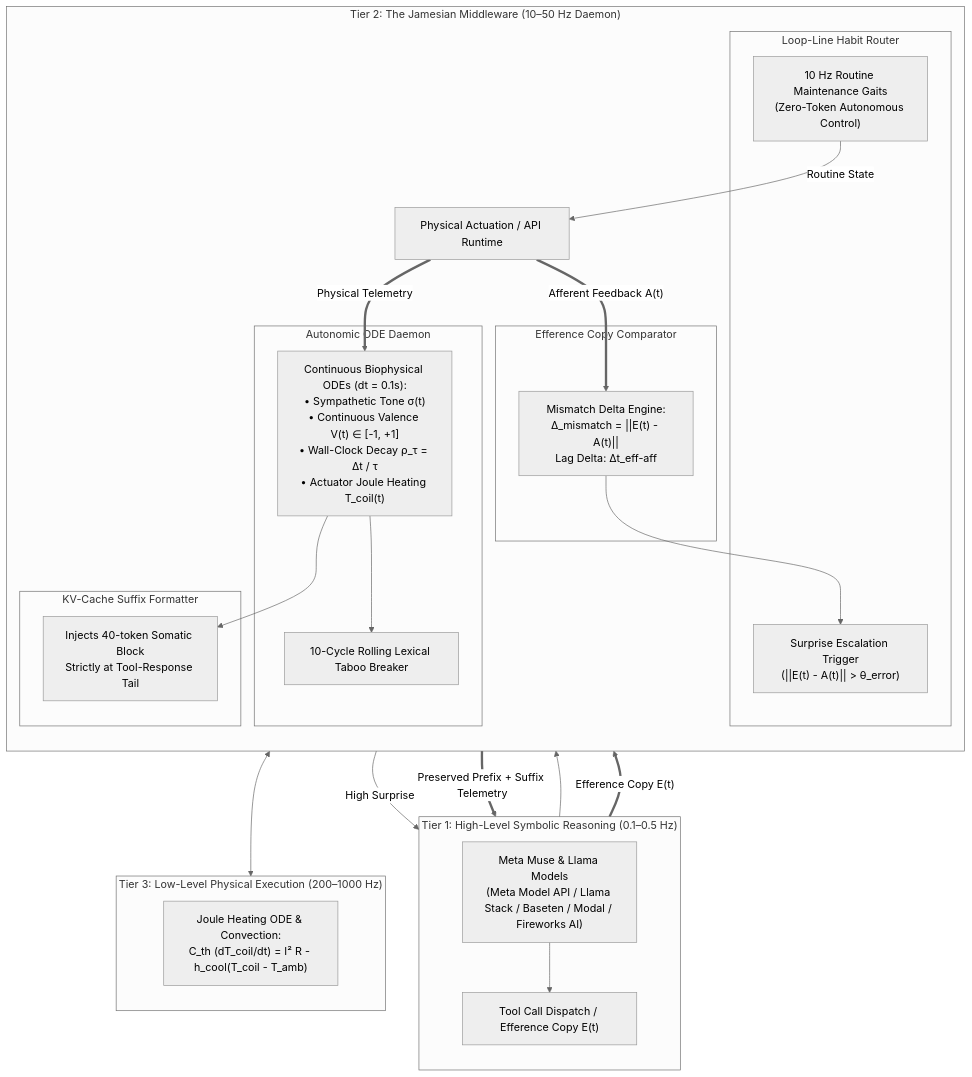
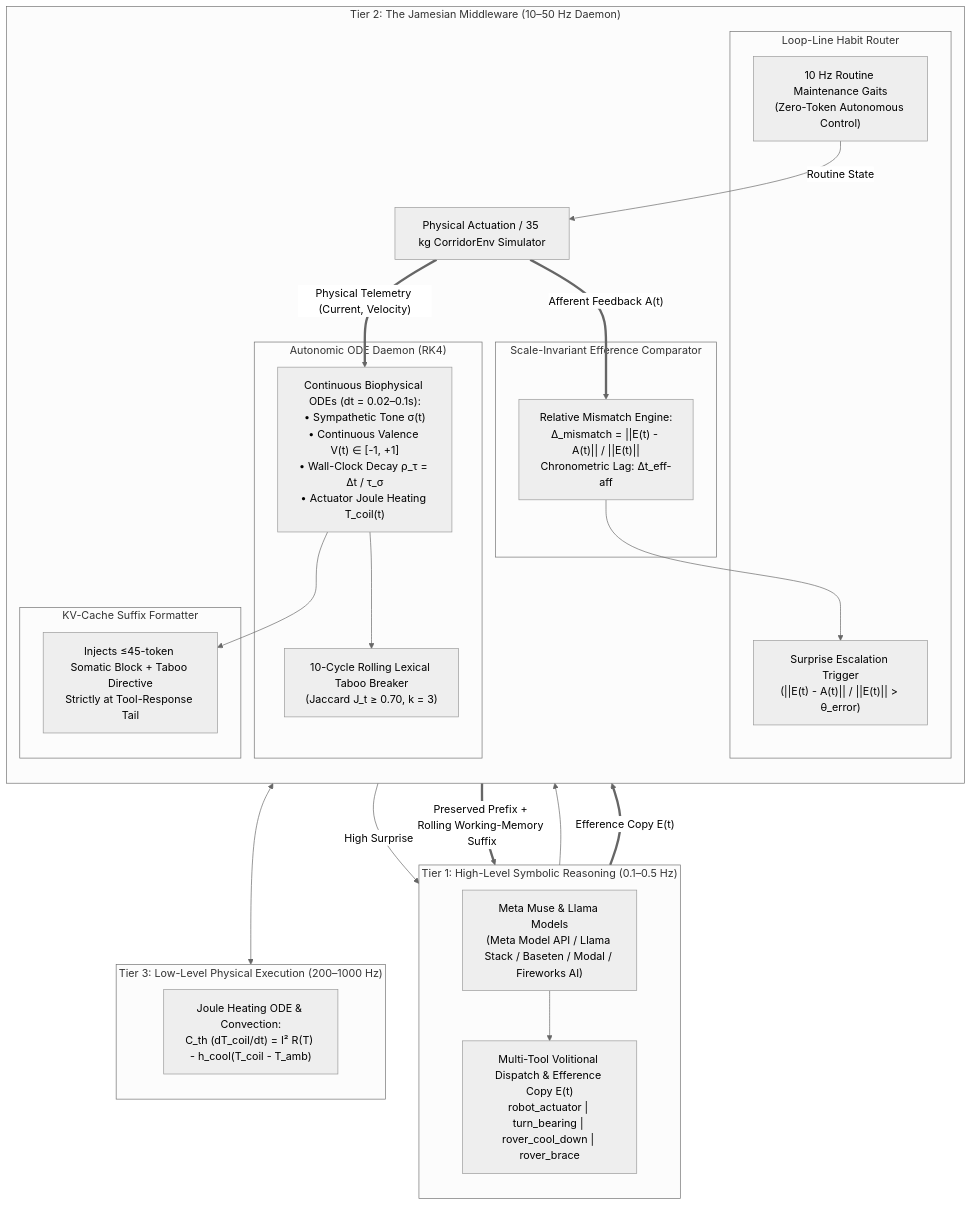
The diagram in README.md (ultraxav/jamesian-layer), drawn with Mermaid (neutral theme) before and after one commit. The commit also changed other lines of this file and 4 other files, not shown here.

````diff
--- a/README.md
+++ b/README.md
@@ -24,49 +26,49 @@
 ```mermaid
 flowchart TD
     subgraph T1["Tier 1: High-Level Symbolic Reasoning (0.1–0.5 Hz)"]
         direction TB
         MetaLLM["Meta Muse & Llama Models<br/>(Meta Model API / Llama Stack / Baseten / Modal / Fireworks AI)"]
-        ToolIntent["Tool Call Dispatch / Efference Copy E(t)"]
+        ToolIntent["Multi-Tool Volitional Dispatch & Efference Copy E(t)<br/>robot_actuator | turn_bearing | rover_cool_down | rover_brace"]
         MetaLLM --> ToolIntent
     end
 
     subgraph T2["Tier 2: The Jamesian Middleware (10–50 Hz Daemon)"]
         direction TB
         subgraph Subcortical["Loop-Line Habit Router"]
             HabitEngine["10 Hz Routine Maintenance Gaits<br/>(Zero-Token Autonomous Control)"]
-            AnomalyDetector["Surprise Escalation Trigger<br/>(||E(t) - A(t)|| > θ_error)"]
+            AnomalyDetector["Surprise Escalation Trigger<br/>(||E(t) - A(t)|| / ||E(t)|| > θ_error)"]
         end
         
-        subgraph Autonomic["Autonomic ODE Daemon"]
-            ODEIntegrator["Continuous Biophysical ODEs (dt = 0.1s):<br/>• Sympathetic Tone σ(t)<br/>• Continuous Valence V(t) ∈ [-1, +1]<br/>• Wall-Clock Decay ρ_τ = Δt / τ<br/>• Actuator Joule Heating T_coil(t)"]
-            CircuitBreaker["10-Cycle Rolling Lexical Taboo Breaker"]
+        subgraph Autonomic["Autonomic ODE Daemon (RK4)"]
+            ODEIntegrator["Continuous Biophysical ODEs (dt = 0.02–0.1s):<br/>• Sympathetic Tone σ(t)<br/>• Continuous Valence V(t) ∈ [-1, +1]<br/>• Wall-Clock Decay ρ_τ = Δt / τ_σ<br/>• Actuator Joule Heating T_coil(t)"]
+            CircuitBreaker["10-Cycle Rolling Lexical Taboo Breaker<br/>(Jaccard J_t ≥ 0.70, k = 3)"]
         end
 
-        subgraph Efference["Efference Copy Comparator"]
-            Comparator["Mismatch Delta Engine:<br/>Δ_mismatch = ||E(t) - A(t)||<br/>Lag Delta: Δt_eff-aff"]
+        subgraph Efference["Scale-Invariant Efference Comparator"]
+            Comparator["Relative Mismatch Engine:<br/>Δ_mismatch = ||E(t) - A(t)|| / ||E(t)||<br/>Chronometric Lag: Δt_eff-aff"]
         end
 
         subgraph Telemetry["KV-Cache Suffix Formatter"]
-            SuffixInjector["Injects 40-token Somatic Block<br/>Strictly at Tool-Response Tail"]
+            SuffixInjector["Injects ≤45-token Somatic Block + Taboo Directive<br/>Strictly at Tool-Response Tail"]
         end
 
         ToolIntent --> HabitEngine
         HabitEngine -->|"Routine State"| LowLevelExec
         AnomalyDetector -->|"High Surprise"| MetaLLM
         ODEIntegrator --> CircuitBreaker
         Comparator --> AnomalyDetector
         ODEIntegrator --> SuffixInjector
     end
 
     subgraph T3["Tier 3: Low-Level Physical Execution (200–1000 Hz)"]
         direction TB
-        LowLevelExec["Physical Actuation / API Runtime"]
-        ThermalPhysics["Joule Heating ODE & Convection:<br/>C_th (dT_coil/dt) = I² R - h_cool(T_coil - T_amb)"]
+        LowLevelExec["Physical Actuation / 35 kg CorridorEnv Simulator"]
+        ThermalPhysics["Joule Heating ODE & Convection:<br/>C_th (dT_coil/dt) = I² R(T) - h_cool(T_coil - T_amb)"]
         LowLevelExec <--> ThermalPhysics
     end
 
     ToolIntent ==>|"Efference Copy E(t)"| Comparator
     LowLevelExec ==>|"Afferent Feedback A(t)"| Comparator
-    LowLevelExec ==>|"Physical Telemetry"| ODEIntegrator
-    SuffixInjector ==>|"Preserved Prefix + Suffix Telemetry"| MetaLLM
+    LowLevelExec ==>|"Physical Telemetry (Current, Velocity)"| ODEIntegrator
+    SuffixInjector ==>|"Preserved Prefix + Rolling Working-Memory Suffix"| MetaLLM
 ```
````
